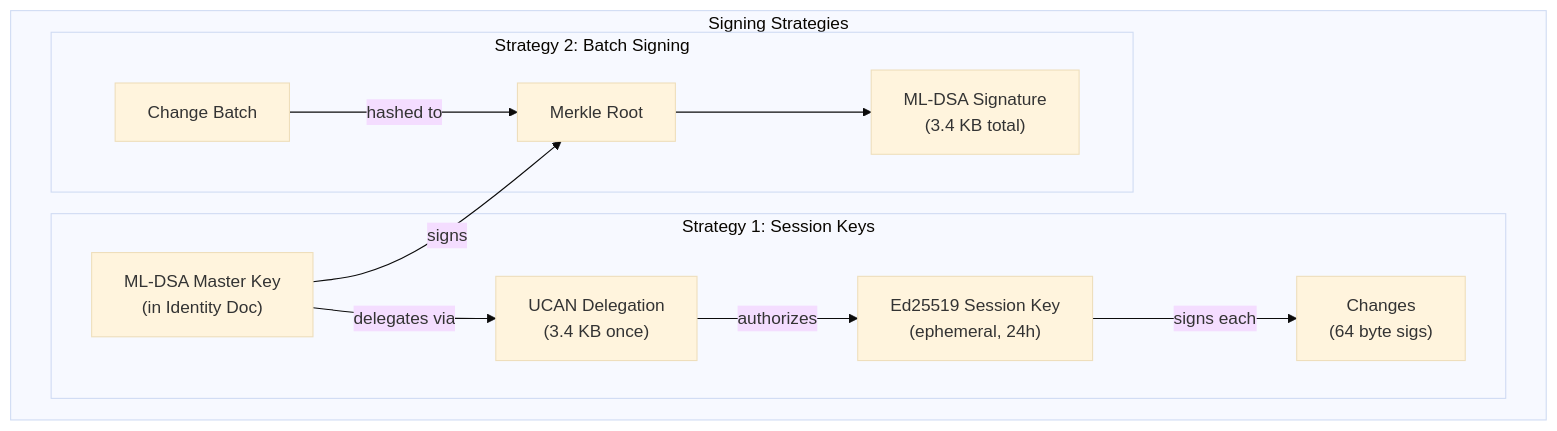
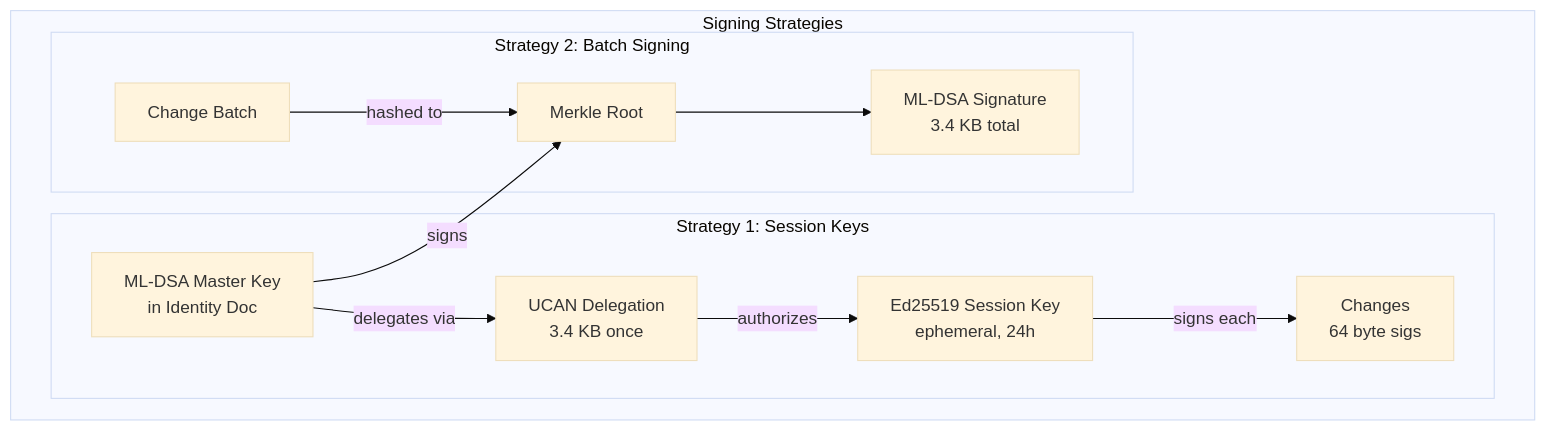
Before and after one commit to crs48/xNet: diagram 11 of 15 in docs/explorations/IDENTITY_MIGRATION_PLAN.md, drawn with Mermaid (base theme). The commit also changed 21 other files, not shown here.

First line of the commit message:
Fix Mermaid parse errors: remove parentheses in flowchart node labels after <br/> tags

````diff
--- a/docs/explorations/IDENTITY_MIGRATION_PLAN.md
+++ b/docs/explorations/IDENTITY_MIGRATION_PLAN.md
@@ -637,26 +637,26 @@
 ```mermaid
 graph TD
     subgraph "Signing Strategies"
-        Master["ML-DSA Master Key<br/>(in Identity Doc)"]
+        Master["ML-DSA Master Key<br/>in Identity Doc"]
 
         subgraph "Strategy 1: Session Keys"
-            Session["Ed25519 Session Key<br/>(ephemeral, 24h)"]
-            UCAN["UCAN Delegation<br/>(3.4 KB once)"]
-            Changes1["Changes<br/>(64 byte sigs)"]
+            Session["Ed25519 Session Key<br/>ephemeral, 24h"]
+            UCAN["UCAN Delegation<br/>3.4 KB once"]
+            Changes1["Changes<br/>64 byte sigs"]
 
             Master -->|"delegates via"| UCAN
             UCAN -->|"authorizes"| Session
             Session -->|"signs each"| Changes1
         end
 
         subgraph "Strategy 2: Batch Signing"
             Batch["Change Batch"]
             Root["Merkle Root"]
-            BatchSig["ML-DSA Signature<br/>(3.4 KB total)"]
+            BatchSig["ML-DSA Signature<br/>3.4 KB total"]
 
             Batch -->|"hashed to"| Root
             Master -->|"signs"| Root
             Root --> BatchSig
         end
     end
 ```
````
